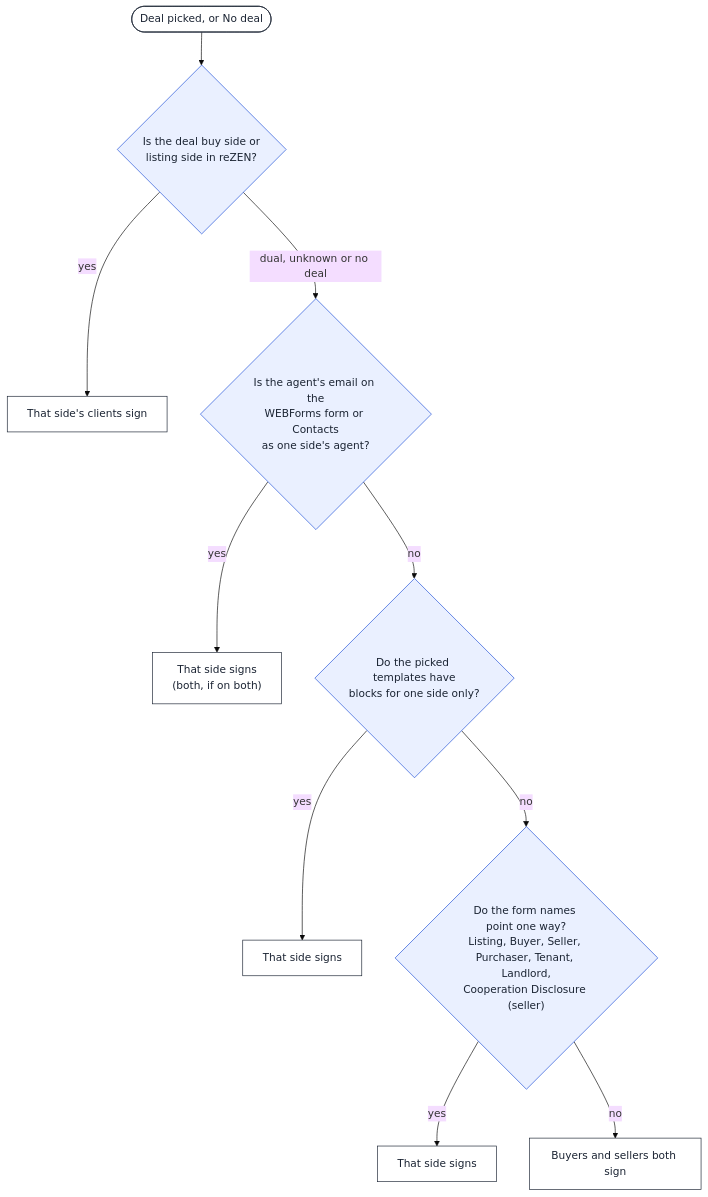
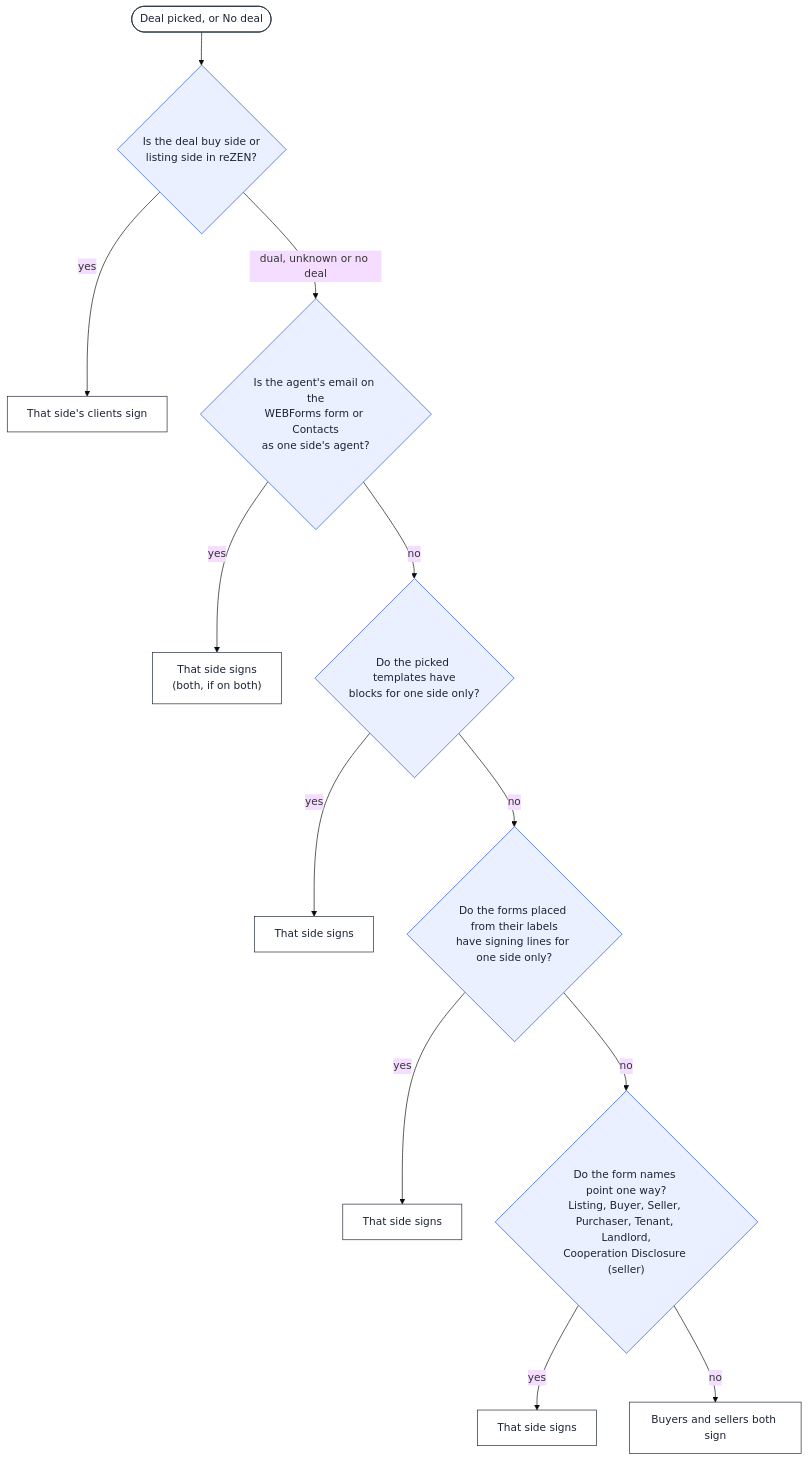
Before and after one commit to stante-group/dotted-line: the second of 4 diagrams in docs/how-the-panel-decides.md, drawn with Mermaid (base theme). The commit also changed other lines of this file and 7 other files, not shown here.

First line of the commit message:
Panel: signer counts follow the lines Auto place found on the form

````diff
--- a/docs/how-the-panel-decides.md
+++ b/docs/how-the-panel-decides.md
@@ -60,17 +60,19 @@
 ```mermaid
 flowchart TD
   A(["Deal picked, or No deal"]) --> D{"Is the deal buy side or<br/>listing side in reZEN?"}
   D -- yes --> D1["That side's clients sign"]
   D -- "dual, unknown or no deal" --> E{"Is the agent's email on the<br/>WEBForms form or Contacts<br/>as one side's agent?"}
   E -- yes --> E1["That side signs<br/>(both, if on both)"]
   E -- no --> TP{"Do the picked templates have<br/>blocks for one side only?"}
   TP -- yes --> T1["That side signs"]
-  TP -- no --> FN{"Do the form names point one way?<br/>Listing, Buyer, Seller, Purchaser, Tenant, Landlord,<br/>Cooperation Disclosure (seller)"}
+  TP -- no --> LB{"Do the forms placed from their labels<br/>have signing lines for one side only?"}
+  LB -- yes --> L1["That side signs"]
+  LB -- no --> FN{"Do the form names point one way?<br/>Listing, Buyer, Seller, Purchaser, Tenant, Landlord,<br/>Cooperation Disclosure (seller)"}
   FN -- yes --> F1["That side signs"]
   FN -- no --> BOTH["Buyers and sellers both sign"]
 
   classDef q fill:#eaf0ff,stroke:#1d4ed8,color:#1b2433
   classDef out fill:#ffffff,stroke:#1b2433,color:#1b2433
-  class D,E,TP,FN q
-  class A,D1,E1,T1,F1,BOTH out
+  class D,E,TP,LB,FN q
+  class A,D1,E1,T1,L1,F1,BOTH out
 ```
````
